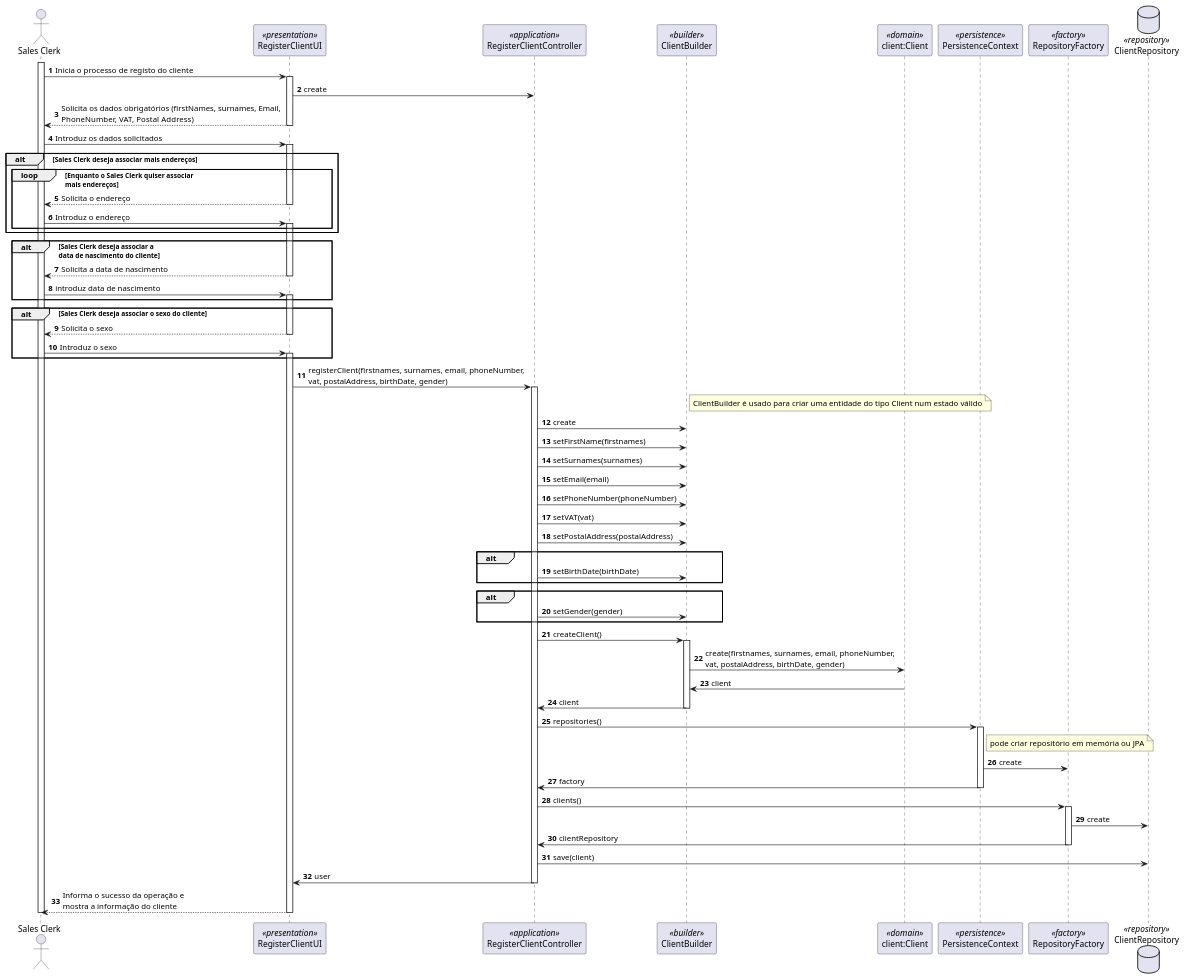
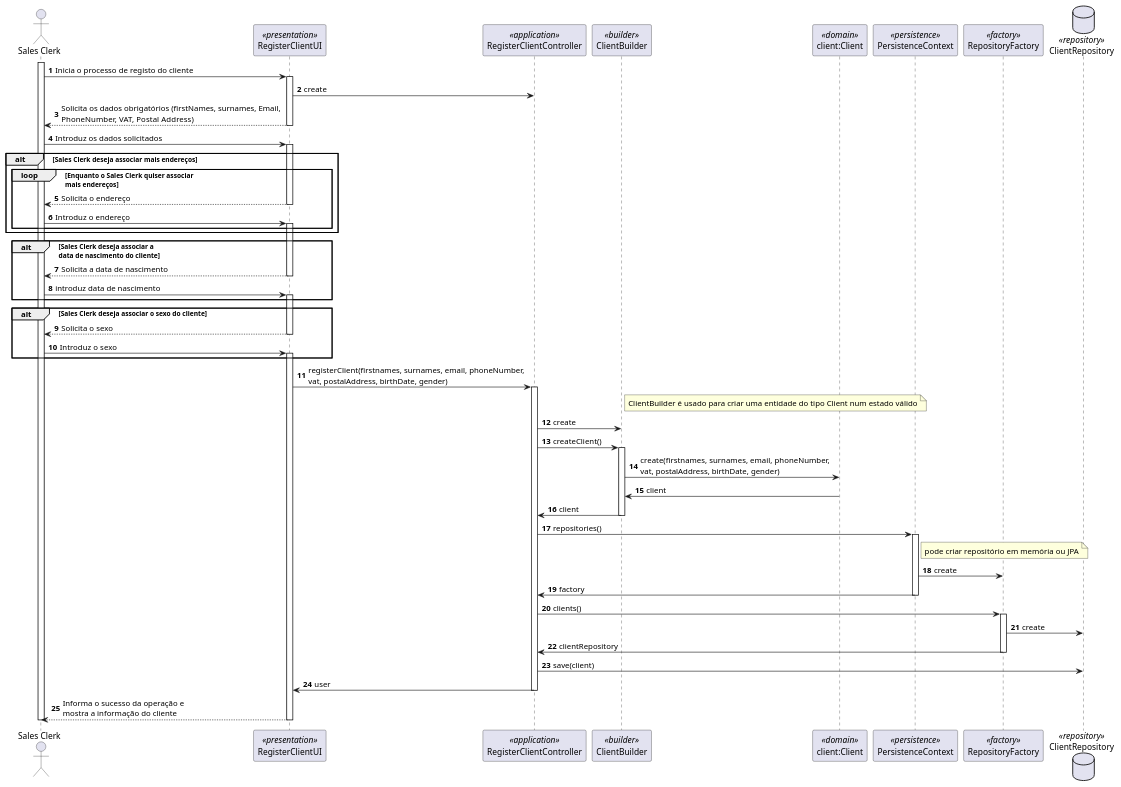
Before and after one commit to 0franciscor/lei21_22_s4_2de_01: the diagram in docs/1201386/US1003/SD_RegistarCliente.puml, drawn with PlantUML. The commit also changed 9 other files, not shown here.

```diff
--- a/docs/1201386/US1003/SD_RegistarCliente.puml
+++ b/docs/1201386/US1003/SD_RegistarCliente.puml
@@ -1,89 +1,77 @@
 @startuml
 
 autonumber
 actor "Sales Clerk" as SC
 participant RegisterClientUI as UI <<presentation>>
 participant RegisterClientController as Controller <<application>>
 participant ClientBuilder as Builder <<builder>>
 participant "client:Client" as Domain <<domain>>
 participant PersistenceContext as Persistence <<persistence>>
 participant RepositoryFactory as Factory <<factory>>
 database ClientRepository as Repository <<repository>>
 
 activate SC
 SC -> UI : Inicia o processo de registo do cliente
 activate UI
 UI -> Controller: create
 UI --> SC : Solicita os dados obrigatórios (firstNames, surnames, Email, \nPhoneNumber, VAT, Postal Address)
 deactivate UI
 SC -> UI : Introduz os dados solicitados
 activate UI
 
 
 
 alt Sales Clerk deseja associar mais endereços
 loop Enquanto o Sales Clerk quiser associar \nmais endereços
 UI --> SC : Solicita o endereço
 deactivate UI
 
 
 SC -> UI : Introduz o endereço
 activate UI
 end
 end
 alt Sales Clerk deseja associar a \ndata de nascimento do cliente
 activate UI
 UI --> SC : Solicita a data de nascimento
 deactivate UI
 SC -> UI : introduz data de nascimento
 activate UI
 end
 alt Sales Clerk deseja associar o sexo do cliente
 UI --> SC : Solicita o sexo
 deactivate UI
 SC -> UI : Introduz o sexo
 activate UI
 end
 UI -> Controller: registerClient(firstnames, surnames, email, phoneNumber,\nvat, postalAddress, birthDate, gender)
 activate Controller
 note right of Builder:ClientBuilder é usado para criar uma entidade do tipo Client num estado válido
 Controller -> Builder: create
-Controller -> Builder:setFirstName(firstnames)
-Controller -> Builder:setSurnames(surnames)
-Controller -> Builder:setEmail(email)
-Controller -> Builder:setPhoneNumber(phoneNumber)
-Controller -> Builder:setVAT(vat)
-Controller -> Builder:setPostalAddress(postalAddress)
-alt
-    Controller -> Builder:setBirthDate(birthDate)
-end
-alt
-    Controller -> Builder:setGender(gender)
-end
 Controller -> Builder:createClient()
 activate Builder
 Builder -> Domain: create(firstnames, surnames, email, phoneNumber,\nvat, postalAddress, birthDate, gender)
 Domain->Builder: client
 Builder -> Controller:client
 deactivate Builder
 Controller -> Persistence: repositories()
 activate Persistence
 note right of Persistence: pode criar repositório em memória ou JPA
 Persistence -> Factory: create
 Persistence -> Controller: factory
 deactivate Persistence
 Controller -> Factory: clients()
 activate Factory
 Factory -> Repository: create
 Factory -> Controller: clientRepository
 deactivate Factory
 Controller->Repository:save(client)
 Controller->UI: user
 deactivate Controller
 UI --> SC : Informa o sucesso da operação e \nmostra a informação do cliente
 deactivate UI
 deactivate SC
 
 
 
 @enduml
```
